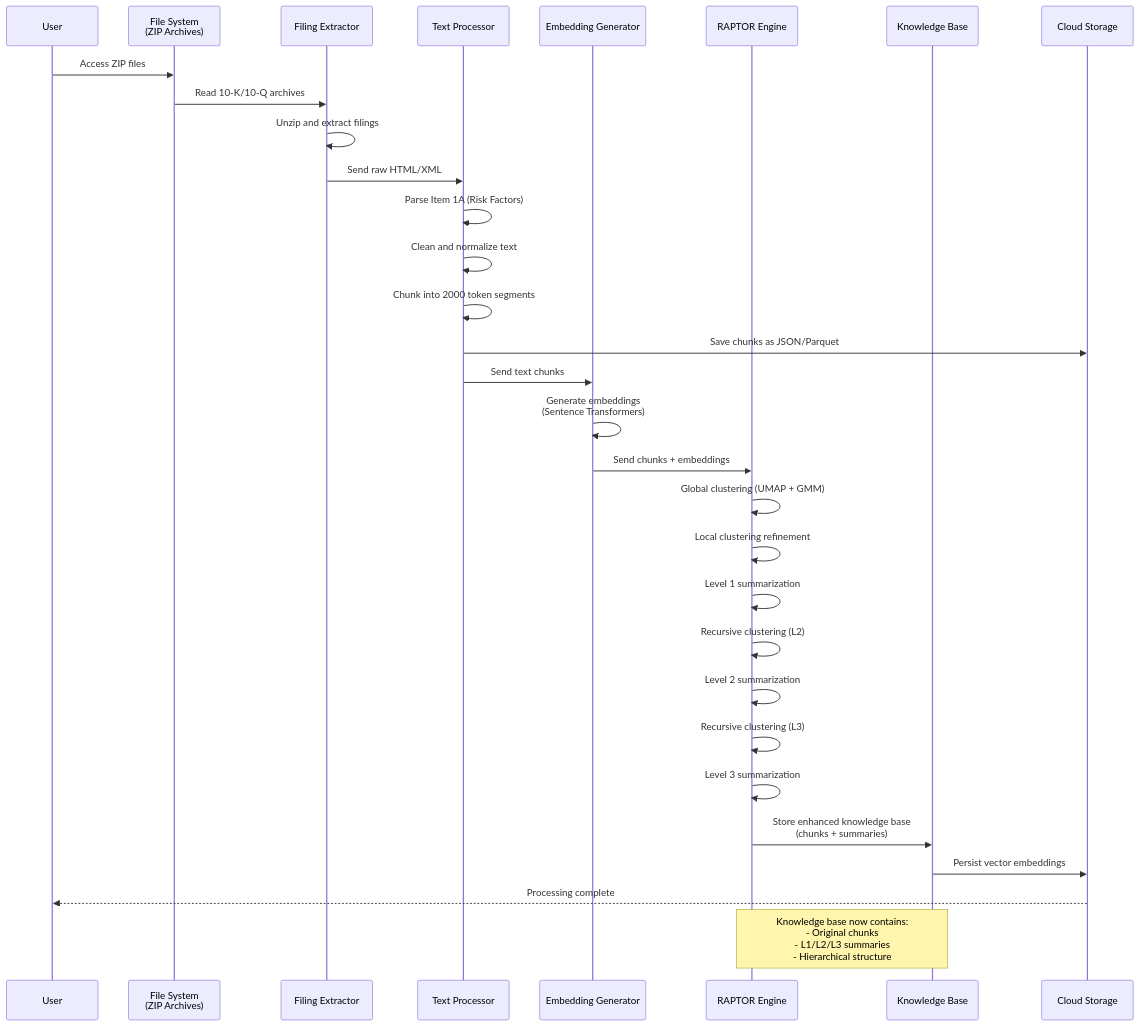
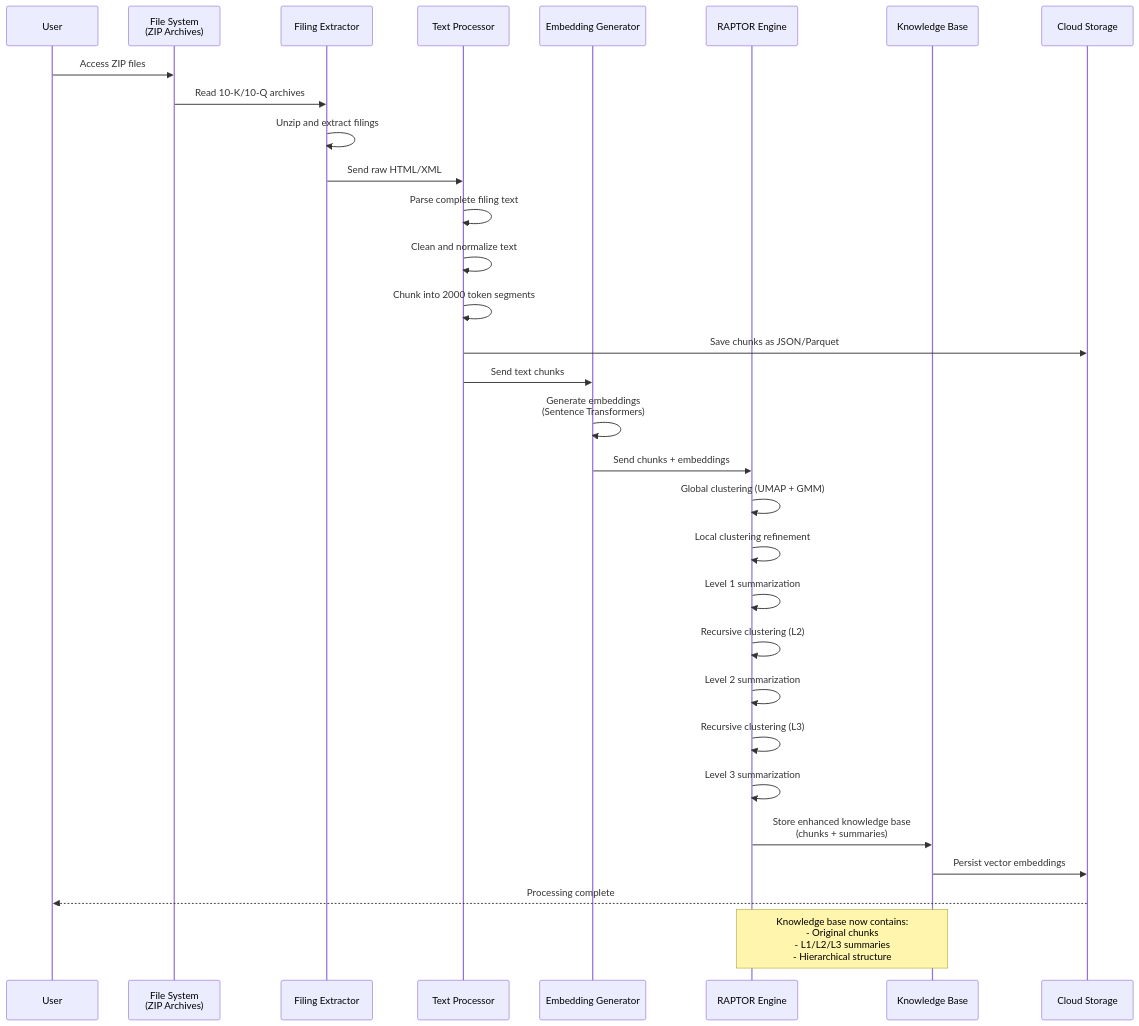
The diagram in notebooks/diagrams/data_processing_workflow.mmd (kibbbles/edgar_anomaly_detection), drawn with Mermaid before and after one commit. The commit also changed 3 other files, not shown here.

First line of the commit message:
Remove Item 1A limitation - process complete 10-K/10-Q filings

```diff
--- a/notebooks/diagrams/data_processing_workflow.mmd
+++ b/notebooks/diagrams/data_processing_workflow.mmd
@@ -1,39 +1,39 @@
 sequenceDiagram
     participant User
     participant FileSystem as File System<br/>(ZIP Archives)
     participant Extractor as Filing Extractor
     participant Parser as Text Processor
     participant Embedder as Embedding Generator
     participant RAPTOR as RAPTOR Engine
     participant KB as Knowledge Base
     participant Storage as Cloud Storage
 
     User->>FileSystem: Access ZIP files
     FileSystem->>Extractor: Read 10-K/10-Q archives
     Extractor->>Extractor: Unzip and extract filings
     Extractor->>Parser: Send raw HTML/XML
 
-    Parser->>Parser: Parse Item 1A (Risk Factors)
+    Parser->>Parser: Parse complete filing text
     Parser->>Parser: Clean and normalize text
     Parser->>Parser: Chunk into 2000 token segments
     Parser->>Storage: Save chunks as JSON/Parquet
 
     Parser->>Embedder: Send text chunks
     Embedder->>Embedder: Generate embeddings<br/>(Sentence Transformers)
 
     Embedder->>RAPTOR: Send chunks + embeddings
 
     RAPTOR->>RAPTOR: Global clustering (UMAP + GMM)
     RAPTOR->>RAPTOR: Local clustering refinement
     RAPTOR->>RAPTOR: Level 1 summarization
     RAPTOR->>RAPTOR: Recursive clustering (L2)
     RAPTOR->>RAPTOR: Level 2 summarization
     RAPTOR->>RAPTOR: Recursive clustering (L3)
     RAPTOR->>RAPTOR: Level 3 summarization
 
     RAPTOR->>KB: Store enhanced knowledge base<br/>(chunks + summaries)
     KB->>Storage: Persist vector embeddings
 
     Storage-->>User: Processing complete
 
     Note over RAPTOR,KB: Knowledge base now contains:<br/>- Original chunks<br/>- L1/L2/L3 summaries<br/>- Hierarchical structure
```
